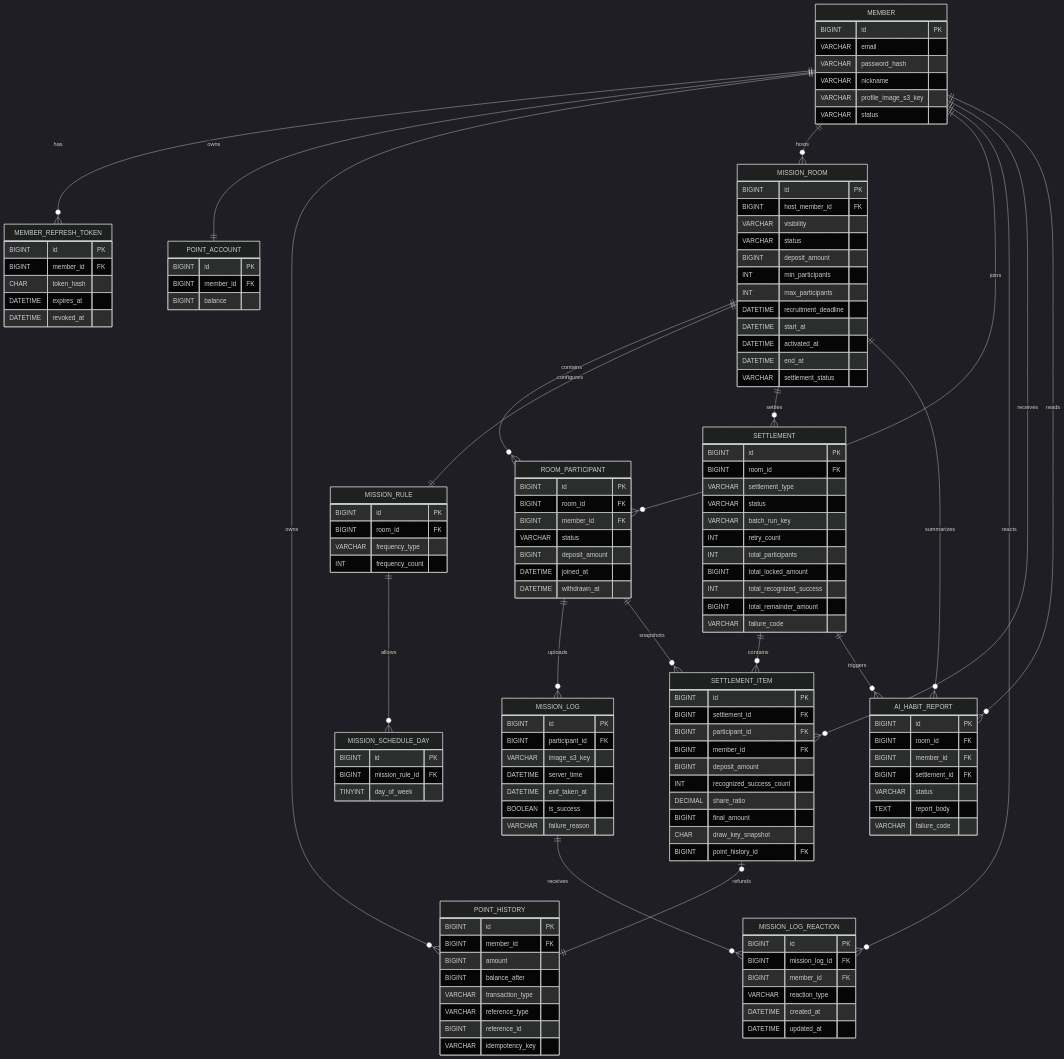
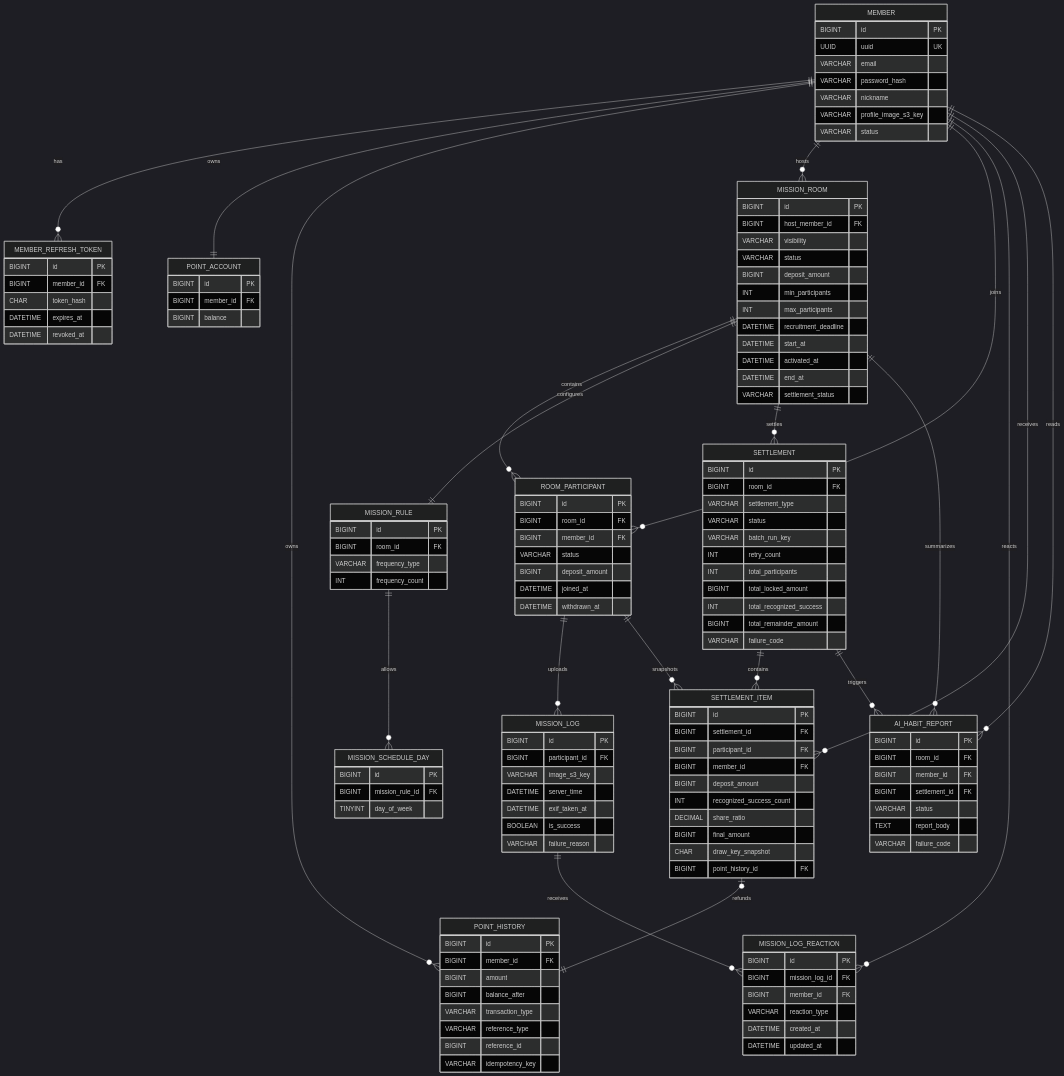
Before and after one commit to seoilhyeon/final-docs: the diagram in ERD-god-saving.md, drawn with Mermaid (dark theme). The commit also changed other lines of this file and 6 other files, not shown here.

```diff
--- a/ERD-god-saving.md
+++ b/ERD-god-saving.md
@@ -793,6 +802,7 @@
 erDiagram
     MEMBER {
         BIGINT id PK
+        UUID uuid UK
         VARCHAR email
         VARCHAR password_hash
         VARCHAR nickname
```
